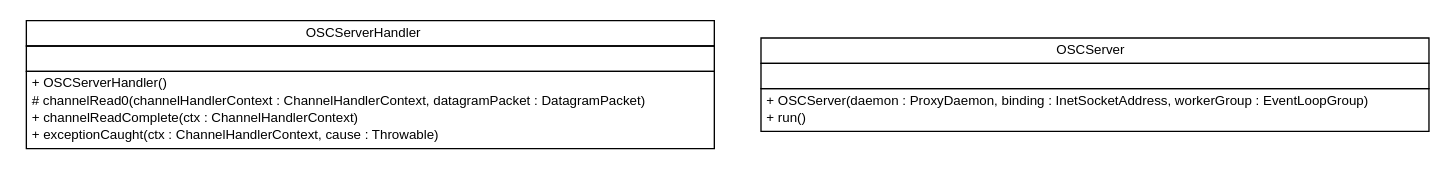
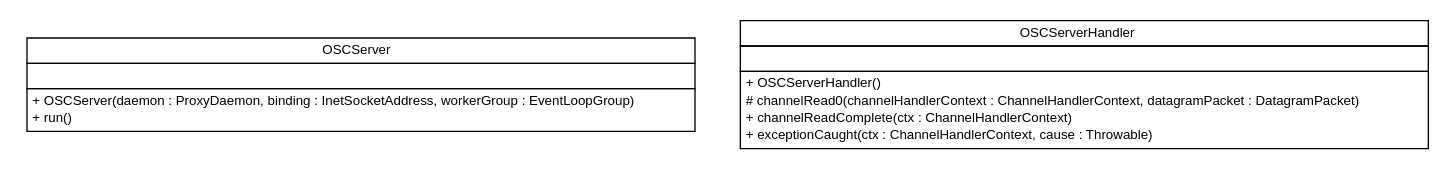
Before and after one commit to pcross616/lf-osc-proxy: the diagram in apidocs/com/xley/lfosc/osc/server/com.xley.lfosc.osc.server.dot, drawn with Graphviz. The commit also changed 340 other files, not shown here.

```diff
--- a/apidocs/com/xley/lfosc/osc/server/com.xley.lfosc.osc.server.dot
+++ b/apidocs/com/xley/lfosc/osc/server/com.xley.lfosc.osc.server.dot
@@ -1,40 +1,40 @@
 #!/usr/local/bin/dot
 #
 # Class diagram 
 # Generated by UMLGraph version R5_6 (http://www.umlgraph.org/)
 #
 
 digraph G {
 	edge [fontname="Helvetica",fontsize=10,labelfontname="Helvetica",labelfontsize=10];
 	node [fontname="Helvetica",fontsize=10,shape=plaintext];
 	nodesep=0.25;
 	ranksep=0.5;
+	// com.xley.lfosc.osc.server.OSCServer
+	c297 [label=<<table title="com.xley.lfosc.osc.server.OSCServer" border="0" cellborder="1" cellspacing="0" cellpadding="2" port="p" href="./OSCServer.html">
+		<tr><td><table border="0" cellspacing="0" cellpadding="1">
+<tr><td align="center" balign="center"> OSCServer </td></tr>
+		</table></td></tr>
+		<tr><td><table border="0" cellspacing="0" cellpadding="1">
+<tr><td align="left" balign="left">  </td></tr>
+		</table></td></tr>
+		<tr><td><table border="0" cellspacing="0" cellpadding="1">
+<tr><td align="left" balign="left"> + OSCServer(daemon : ProxyDaemon, binding : InetSocketAddress, workerGroup : EventLoopGroup) </td></tr>
+<tr><td align="left" balign="left"> + run() </td></tr>
+		</table></td></tr>
+		</table>>, URL="./OSCServer.html", fontname="Helvetica", fontcolor="black", fontsize=10.0];
 	// com.xley.lfosc.osc.server.OSCServerHandler
-	c383 [label=<<table title="com.xley.lfosc.osc.server.OSCServerHandler" border="0" cellborder="1" cellspacing="0" cellpadding="2" port="p" href="./OSCServerHandler.html">
+	c298 [label=<<table title="com.xley.lfosc.osc.server.OSCServerHandler" border="0" cellborder="1" cellspacing="0" cellpadding="2" port="p" href="./OSCServerHandler.html">
 		<tr><td><table border="0" cellspacing="0" cellpadding="1">
 <tr><td align="center" balign="center"> OSCServerHandler </td></tr>
 		</table></td></tr>
 		<tr><td><table border="0" cellspacing="0" cellpadding="1">
 <tr><td align="left" balign="left">  </td></tr>
 		</table></td></tr>
 		<tr><td><table border="0" cellspacing="0" cellpadding="1">
 <tr><td align="left" balign="left"> + OSCServerHandler() </td></tr>
 <tr><td align="left" balign="left"> # channelRead0(channelHandlerContext : ChannelHandlerContext, datagramPacket : DatagramPacket) </td></tr>
 <tr><td align="left" balign="left"> + channelReadComplete(ctx : ChannelHandlerContext) </td></tr>
 <tr><td align="left" balign="left"> + exceptionCaught(ctx : ChannelHandlerContext, cause : Throwable) </td></tr>
 		</table></td></tr>
 		</table>>, URL="./OSCServerHandler.html", fontname="Helvetica", fontcolor="black", fontsize=10.0];
-	// com.xley.lfosc.osc.server.OSCServer
-	c384 [label=<<table title="com.xley.lfosc.osc.server.OSCServer" border="0" cellborder="1" cellspacing="0" cellpadding="2" port="p" href="./OSCServer.html">
-		<tr><td><table border="0" cellspacing="0" cellpadding="1">
-<tr><td align="center" balign="center"> OSCServer </td></tr>
-		</table></td></tr>
-		<tr><td><table border="0" cellspacing="0" cellpadding="1">
-<tr><td align="left" balign="left">  </td></tr>
-		</table></td></tr>
-		<tr><td><table border="0" cellspacing="0" cellpadding="1">
-<tr><td align="left" balign="left"> + OSCServer(daemon : ProxyDaemon, binding : InetSocketAddress, workerGroup : EventLoopGroup) </td></tr>
-<tr><td align="left" balign="left"> + run() </td></tr>
-		</table></td></tr>
-		</table>>, URL="./OSCServer.html", fontname="Helvetica", fontcolor="black", fontsize=10.0];
 }
```
